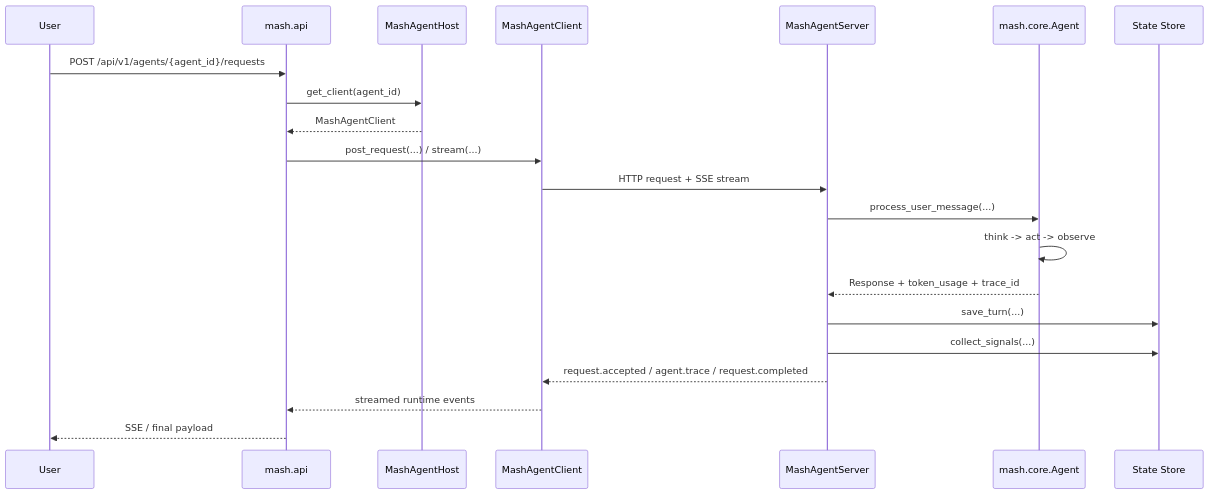
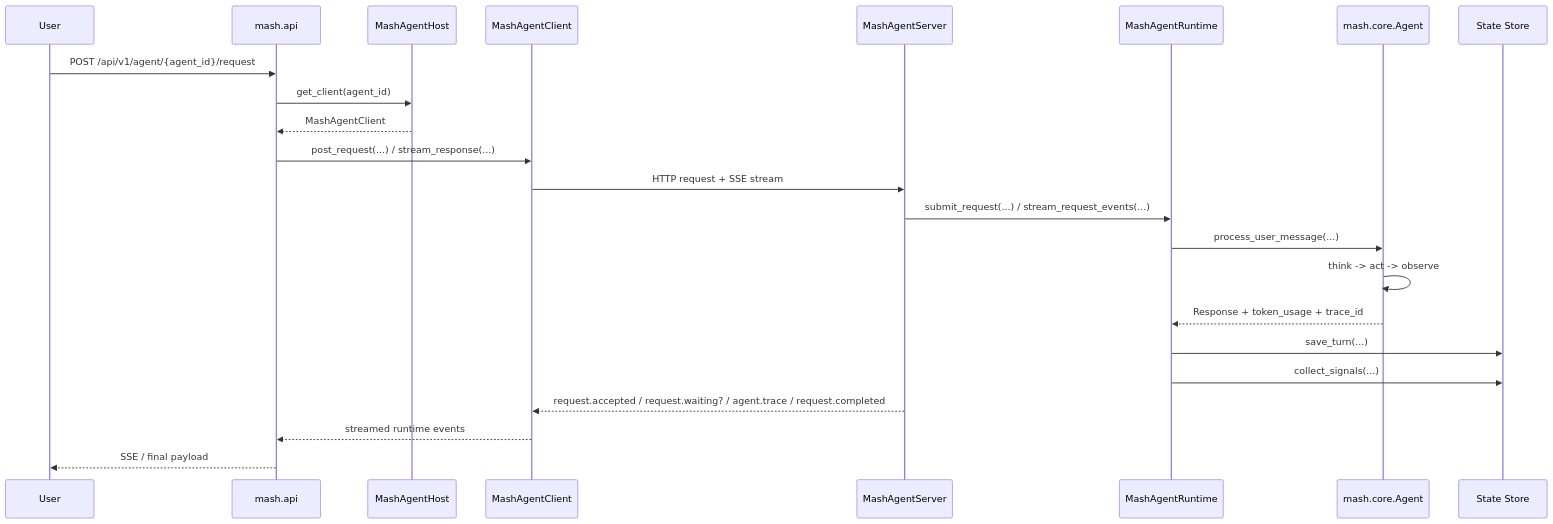
The second of 3 diagrams in README.md (imsid/mashpy), drawn with Mermaid before and after one commit. The commit also changed other lines of this file and 52 other files, not shown here.

````diff
--- a/README.md
+++ b/README.md
@@ -115,25 +115,27 @@
 ```mermaid
 sequenceDiagram
     participant User
     participant API as mash.api
     participant Host as MashAgentHost
     participant Client as MashAgentClient
-    participant Runtime as MashAgentServer
+    participant Server as MashAgentServer
+    participant Runtime as MashAgentRuntime
     participant Agent as mash.core.Agent
     participant Store as State Store
 
-    User->>API: POST /api/v1/agents/{agent_id}/requests
+    User->>API: POST /api/v1/agent/{agent_id}/request
     API->>Host: get_client(agent_id)
     Host-->>API: MashAgentClient
-    API->>Client: post_request(...) / stream(...)
-    Client->>Runtime: HTTP request + SSE stream
+    API->>Client: post_request(...) / stream_response(...)
+    Client->>Server: HTTP request + SSE stream
+    Server->>Runtime: submit_request(...) / stream_request_events(...)
     Runtime->>Agent: process_user_message(...)
     Agent->>Agent: think -> act -> observe
     Agent-->>Runtime: Response + token_usage + trace_id
     Runtime->>Store: save_turn(...)
     Runtime->>Store: collect_signals(...)
-    Runtime-->>Client: request.accepted / agent.trace / request.completed
+    Server-->>Client: request.accepted / request.waiting? / agent.trace / request.completed
     Client-->>API: streamed runtime events
     API-->>User: SSE / final payload
 
 ```
````
